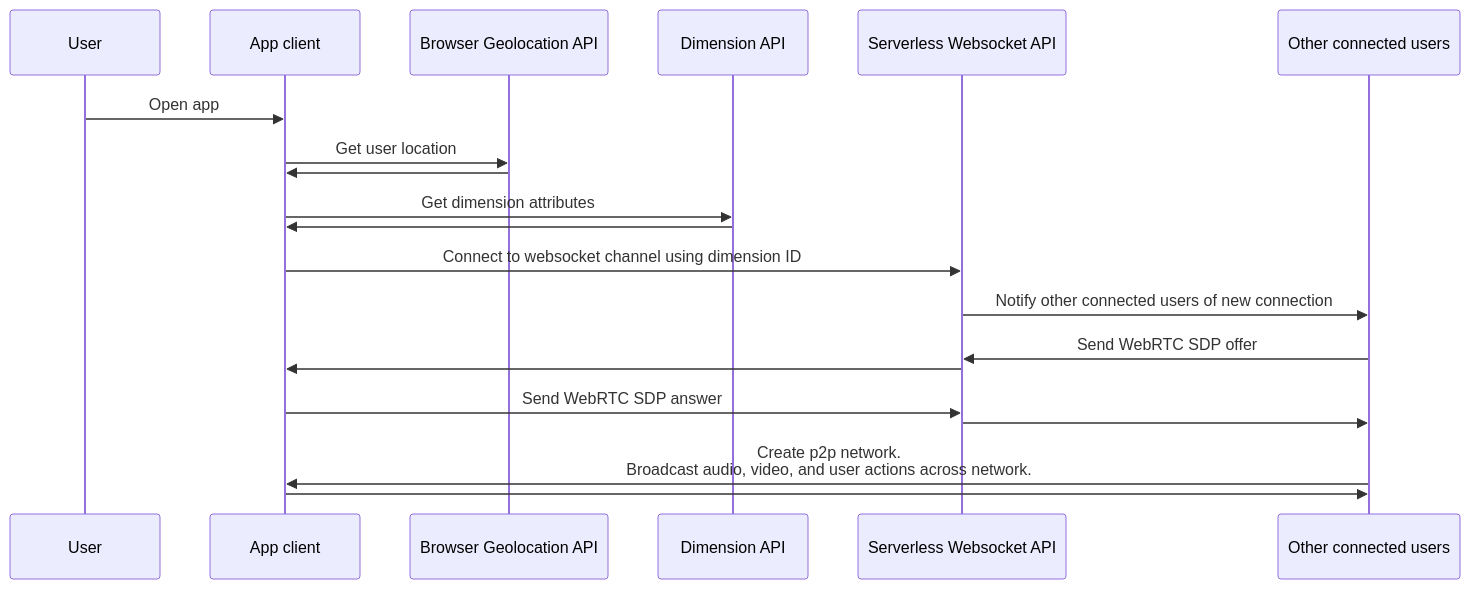
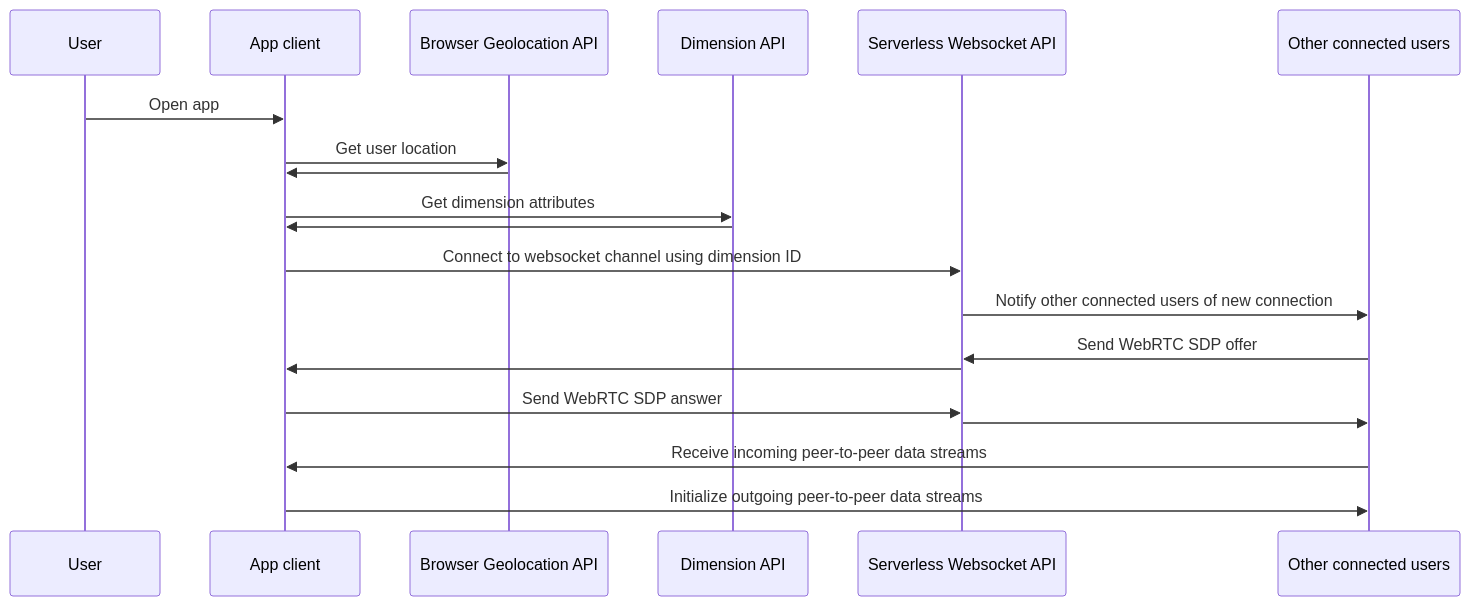
The third of 4 diagrams in docs/documentation_src.md (ScryVR/pocketdimension-docs), drawn with Mermaid before and after one commit. The commit also changed other lines of this file and 1 other file, not shown here.

Commit message:
Improve styles and fix invalid diagrams

````diff
--- a/docs/documentation_src.md
+++ b/docs/documentation_src.md
@@ -87,24 +86,24 @@
 ```mermaid
 sequenceDiagram
   participant user as User
   participant client as App client
   participant gps as Browser Geolocation API
   participant did_api as Dimension API
   participant ws as Serverless Websocket API
   participant others as Other connected users
 
   user->>client: Open app
   client->>gps: Get user location
     gps->>client: 
   client->>did_api: Get dimension attributes
     did_api->>client: 
   client->>ws: Connect to websocket channel using dimension ID
   ws->>others: Notify other connected users of new connection
   others->>ws: Send WebRTC SDP offer
     ws->>client: 
   client->>ws: Send WebRTC SDP answer
     ws->>others: 
-  others->>client: Create p2p network.<br>Broadcast audio, video, and user actions across network.
-  client->>others: 
+  others->>client: Receive incoming peer-to-peer data streams
+  client->>others: Initialize outgoing peer-to-peer data streams
 
 ```
````
